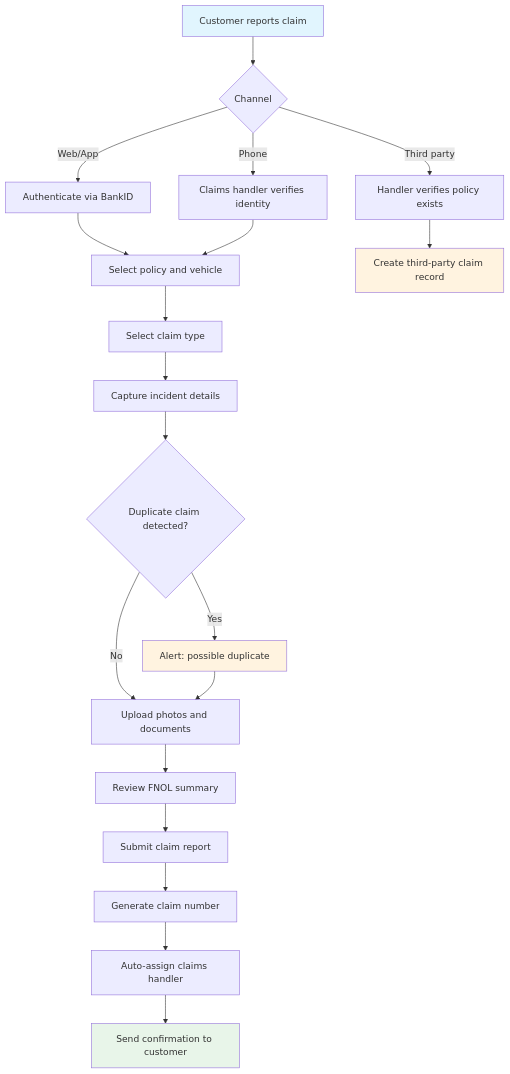
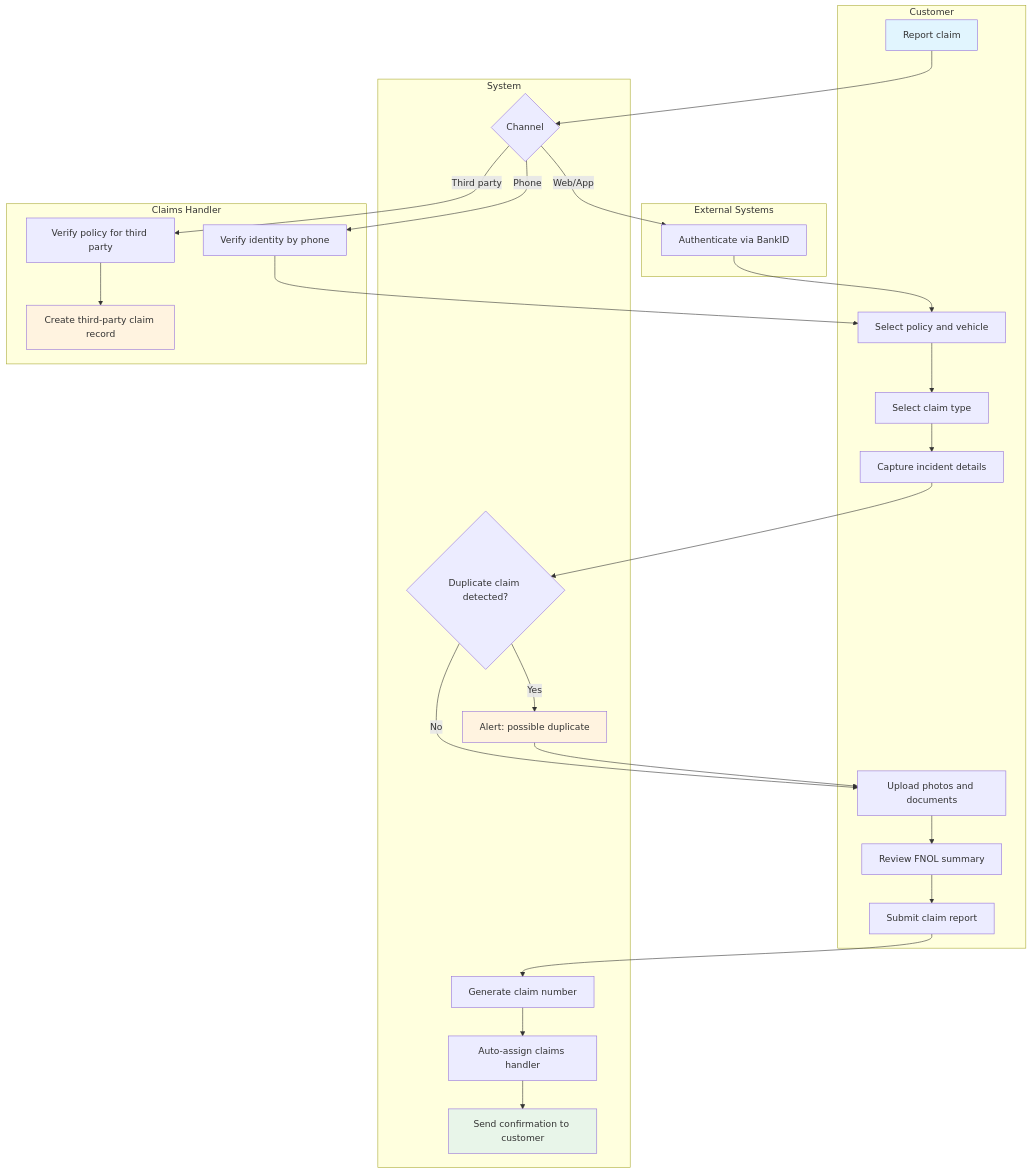
Before and after one commit to Agentic-software-factory/insurance-platform-requirements: the first of 2 diagrams in docs/phase-1-motor/use-cases/uc-fnol-processing.md, drawn with Mermaid. The commit also changed 13 other files, not shown here.

````diff
--- a/docs/phase-1-motor/use-cases/uc-fnol-processing.md
+++ b/docs/phase-1-motor/use-cases/uc-fnol-processing.md
@@ -39,26 +39,52 @@
 ```mermaid
 flowchart TD
-    A[Customer reports claim] --> B{Channel}
-    B -->|Web/App| C[Authenticate via BankID]
-    B -->|Phone| D[Claims handler verifies identity]
-    B -->|Third party| E[Handler verifies policy exists]
-    C --> F[Select policy and vehicle]
+    subgraph Customer
+        A[Report claim]
+        F[Select policy and vehicle]
+        H[Select claim type]
+        I[Capture incident details]
+        L[Upload photos and documents]
+        M[Review FNOL summary]
+        N[Submit claim report]
+    end
+    subgraph System
+        B{Channel}
+        J{Duplicate claim detected?}
+        K[Alert: possible duplicate]
+        O[Generate claim number]
+        P[Auto-assign claims handler]
+        Q[Send confirmation to customer]
+    end
+    subgraph Claims Handler
+        D[Verify identity by phone]
+        E[Verify policy for third party]
+        G[Create third-party claim record]
+    end
+    subgraph External["External Systems"]
+        C[Authenticate via BankID]
+    end
+
+    A --> B
+    B -->|Web/App| C
+    B -->|Phone| D
+    B -->|Third party| E
+    C --> F
     D --> F
-    E --> G[Create third-party claim record]
-    F --> H[Select claim type]
-    H --> I[Capture incident details]
-    I --> J{Duplicate claim detected?}
-    J -->|Yes| K[Alert: possible duplicate]
-    J -->|No| L[Upload photos and documents]
+    E --> G
+    F --> H
+    H --> I
+    I --> J
+    J -->|Yes| K
+    J -->|No| L
     K --> L
-    L --> M[Review FNOL summary]
-    M --> N[Submit claim report]
-    N --> O[Generate claim number]
-    O --> P[Auto-assign claims handler]
-    P --> Q[Send confirmation to customer]
+    L --> M
+    M --> N
+    N --> O
+    O --> P
+    P --> Q
 
     style A fill:#e1f5fe
     style Q fill:#e8f5e9
     style G fill:#fff3e0
     style K fill:#fff3e0
 ```
````
